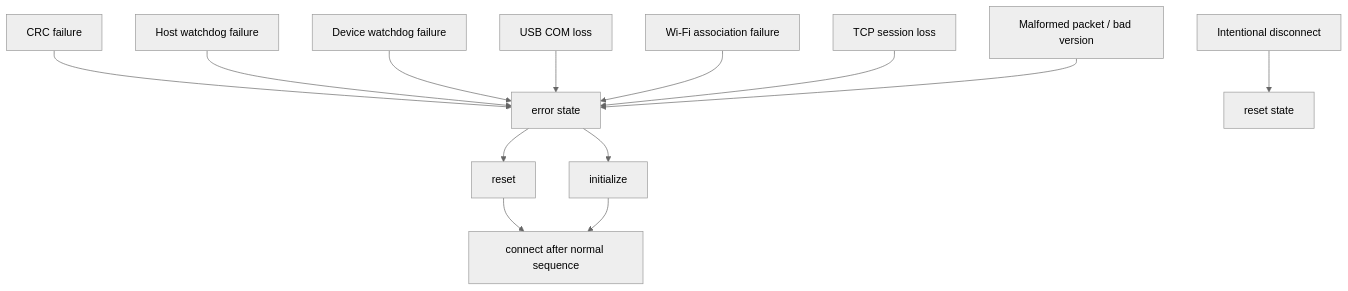
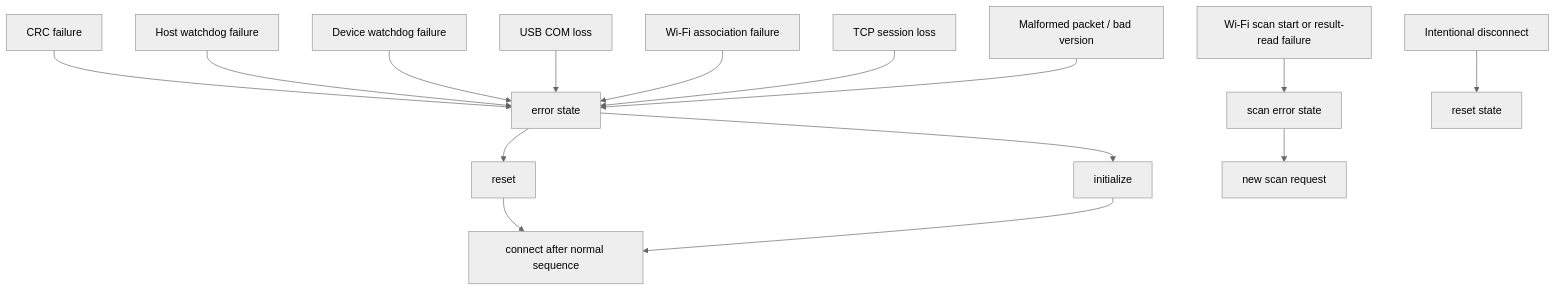
One commit to eyalglotman-collab/Gaggia_Client-ESP32-S3-Touch-LCD-4.3B-BOX changed the diagram in docs/architecture/failure_modes.mmd. Above: the diagram before and after it, drawn with Mermaid (neutral theme). The commit also changed 10 other files, not shown here.

Commit message:
Release connection scan flow v0.2.7

```diff
--- a/docs/architecture/failure_modes.mmd
+++ b/docs/architecture/failure_modes.mmd
@@ -1,14 +1,16 @@
 flowchart TD
     CRC["CRC failure"] --> ERR["error state"]
     HOST["Host watchdog failure"] --> ERR
     DEV["Device watchdog failure"] --> ERR
     USB["USB COM loss"] --> ERR
     WIFI["Wi-Fi association failure"] --> ERR
     TCP["TCP session loss"] --> ERR
+    SCAN["Wi-Fi scan start or result-read failure"] --> SERR["scan error state"]
     MAL["Malformed packet / bad version"] --> ERR
     DISC["Intentional disconnect"] --> RESET["reset state"]
 
     ERR --> HARD["reset"]
     ERR --> SOFT["initialize"]
+    SERR --> RETRY["new scan request"]
     HARD --> CONN["connect after normal sequence"]
     SOFT --> CONN
```
